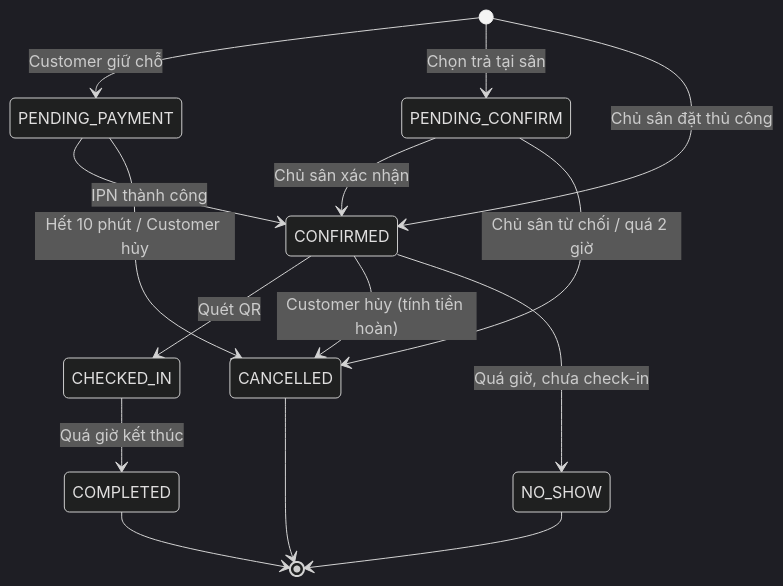
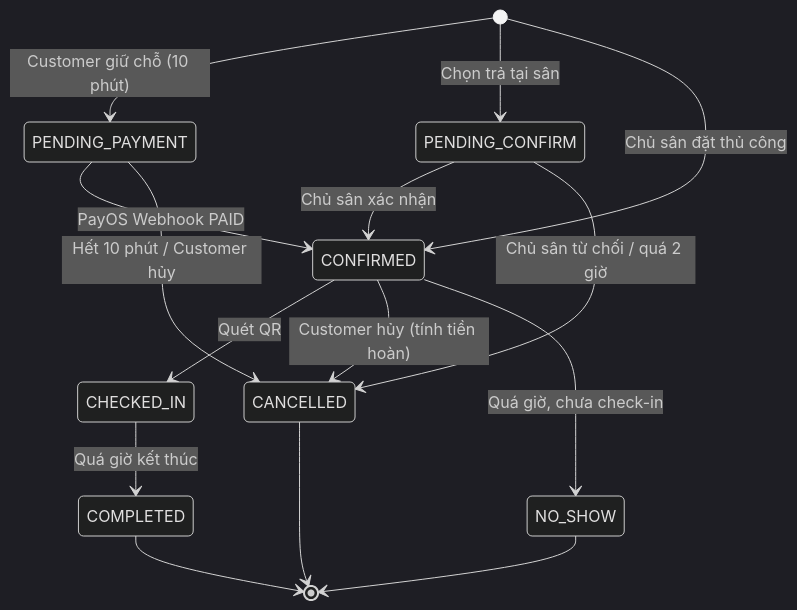
Before and after one commit to AgentMeap/badminton_hub: the second of 2 diagrams in badminton_be/docs/02-database.md, drawn with Mermaid (dark theme). The commit also changed other lines of this file and 86 other files, not shown here.

````diff
--- a/badminton_be/docs/02-database.md
+++ b/badminton_be/docs/02-database.md
@@ -95,17 +71,17 @@
 ```mermaid
 stateDiagram-v2
-    [*] --> PENDING_PAYMENT : Customer giữ chỗ
+    [*] --> PENDING_PAYMENT : Customer giữ chỗ (10 phút)
     [*] --> PENDING_CONFIRM : Chọn trả tại sân
     [*] --> CONFIRMED : Chủ sân đặt thủ công
-    PENDING_PAYMENT --> CONFIRMED : IPN thành công
+    PENDING_PAYMENT --> CONFIRMED : PayOS Webhook PAID
     PENDING_PAYMENT --> CANCELLED : Hết 10 phút / Customer hủy
     PENDING_CONFIRM --> CONFIRMED : Chủ sân xác nhận
     PENDING_CONFIRM --> CANCELLED : Chủ sân từ chối / quá 2 giờ
     CONFIRMED --> CHECKED_IN : Quét QR
     CONFIRMED --> CANCELLED : Customer hủy (tính tiền hoàn)
     CONFIRMED --> NO_SHOW : Quá giờ, chưa check-in
     CHECKED_IN --> COMPLETED : Quá giờ kết thúc
     COMPLETED --> [*]
     CANCELLED --> [*]
     NO_SHOW --> [*]
 ```
````
